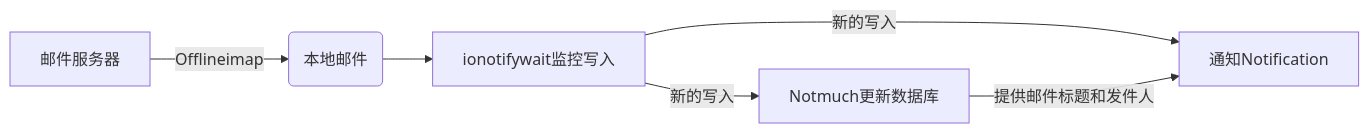
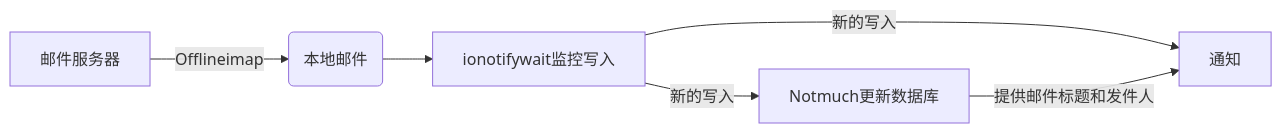
The diagram in _posts/2020-11-04-Offlineimap-Mail-Notification.md (Kzinux/kzinux.github.io), drawn with Mermaid before and after one commit.

Commit message:
Edit post

```diff
--- a/_posts/2020-11-04-Offlineimap-Mail-Notification.md
+++ b/_posts/2020-11-04-Offlineimap-Mail-Notification.md
@@ -20,8 +20,8 @@
 <div class="mermaid">
 graph LR;
 A[邮件服务器] -->|Offlineimap|B(本地邮件);
     B --> C[ionotifywait监控写入];
-    C -->|新的写入| D[通知Notification];
+    C -->|新的写入| D[通知];
     C -->|新的写入| E[Notmuch更新数据库];
     E -->|提供邮件标题和发件人| D;
 </div>
```
